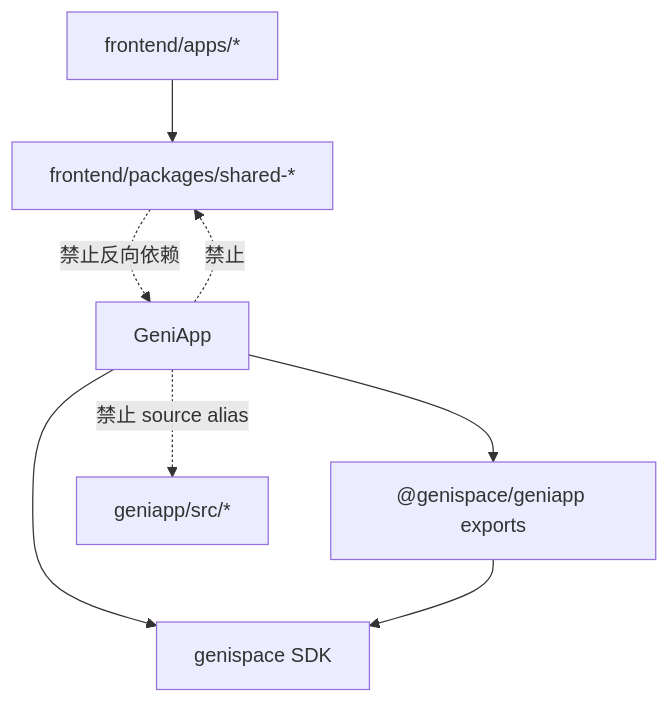
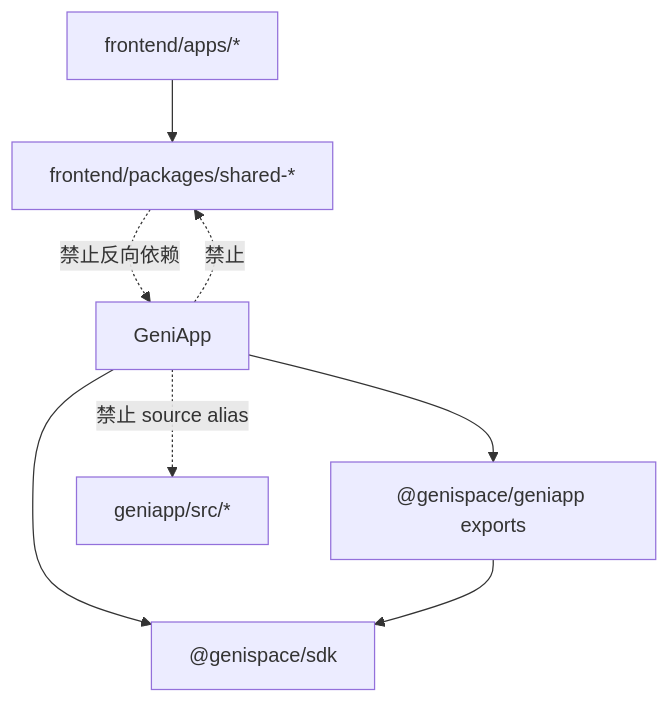
Before and after one commit to genispace/genispace-geniapp: the second of 4 diagrams in docs/ARCHITECTURE_AND_MIGRATION.md, drawn with Mermaid. The commit also changed other lines of this file and 8 other files, not shown here.

Commit message:
feat: migrate GeniApp to @genispace/sdk

````diff
--- a/docs/ARCHITECTURE_AND_MIGRATION.md
+++ b/docs/ARCHITECTURE_AND_MIGRATION.md
@@ -64,11 +64,11 @@
 ```mermaid
 flowchart TB
   FE["frontend/apps/*"] --> FP["frontend/packages/shared-*"]
   APP["GeniApp"] --> GP["@genispace/geniapp exports"]
-  APP --> SDK["genispace SDK"]
+  APP --> SDK["@genispace/sdk"]
   GP --> SDK
 
   APP -. "禁止" .-> FP
   APP -. "禁止 source alias" .-> GPSRC["geniapp/src/*"]
   FP -. "禁止反向依赖" .-> APP
 ```
````
